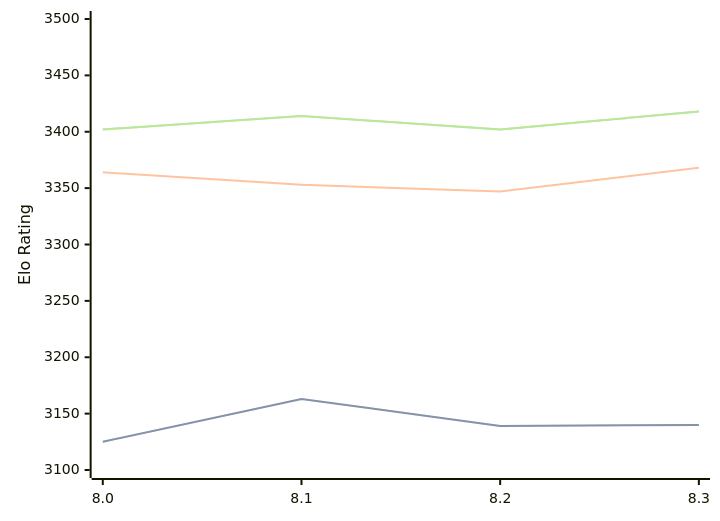
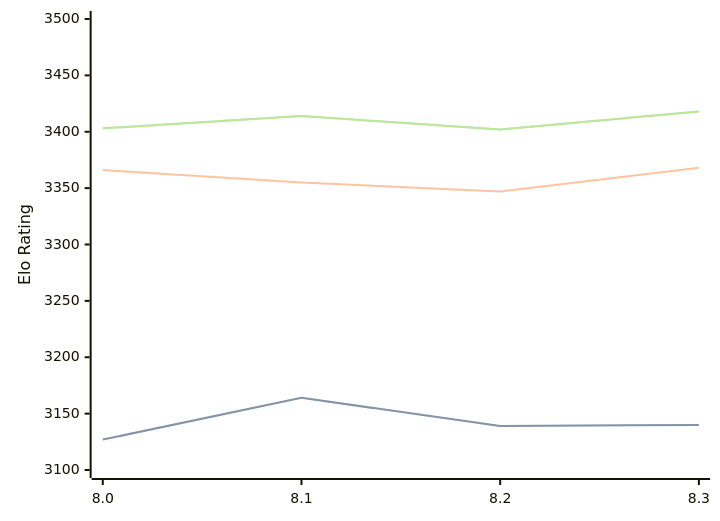
One commit to computer-chess-index/cci changed the first of 3 diagrams in engines/Alexander.md. Above: the diagram before and after it, drawn with Mermaid. The commit also changed other lines of this file, not shown here.

Commit message:
Update CCI Ratings (ELO VLTC) - 2026-06-24

````diff
--- a/engines/Alexander.md
+++ b/engines/Alexander.md
@@ -48,11 +48,11 @@
 ```mermaid
 %%{init: {"theme":"base","themeVariables":{"seriesColors:['#a3a3a3','#222221','#faa371']}}}%%
 xychart-beta
   x-axis ["8.0", "8.1", "8.2", "8.3"]
   y-axis "Elo Rating" 3100 --> 3500
-  line "STC (8.0+0.08s)" [3125, 3163, 3139, 3140]
-  line "STC (8.0+0.08s)" [3125, 3163, 3139, 3140]
-  line "LTC (60.0+0.60s)" [3364, 3353, 3347, 3368]
-  line "VLTC (2m24s+1.12s)" [3402, 3414, 3402, 3418]
-  line "VLTC (2m24s+1.12s)" [3402, 3414, 3402, 3418]
+  line "STC (8.0+0.08s)" [3127, 3164, 3139, 3140]
+  line "STC (8.0+0.08s)" [3127, 3164, 3139, 3140]
+  line "LTC (60.0+0.60s)" [3366, 3355, 3347, 3368]
+  line "VLTC (2m24s+1.12s)" [3403, 3414, 3402, 3418]
+  line "VLTC (2m24s+1.12s)" [3403, 3414, 3402, 3418]
 ```
````
